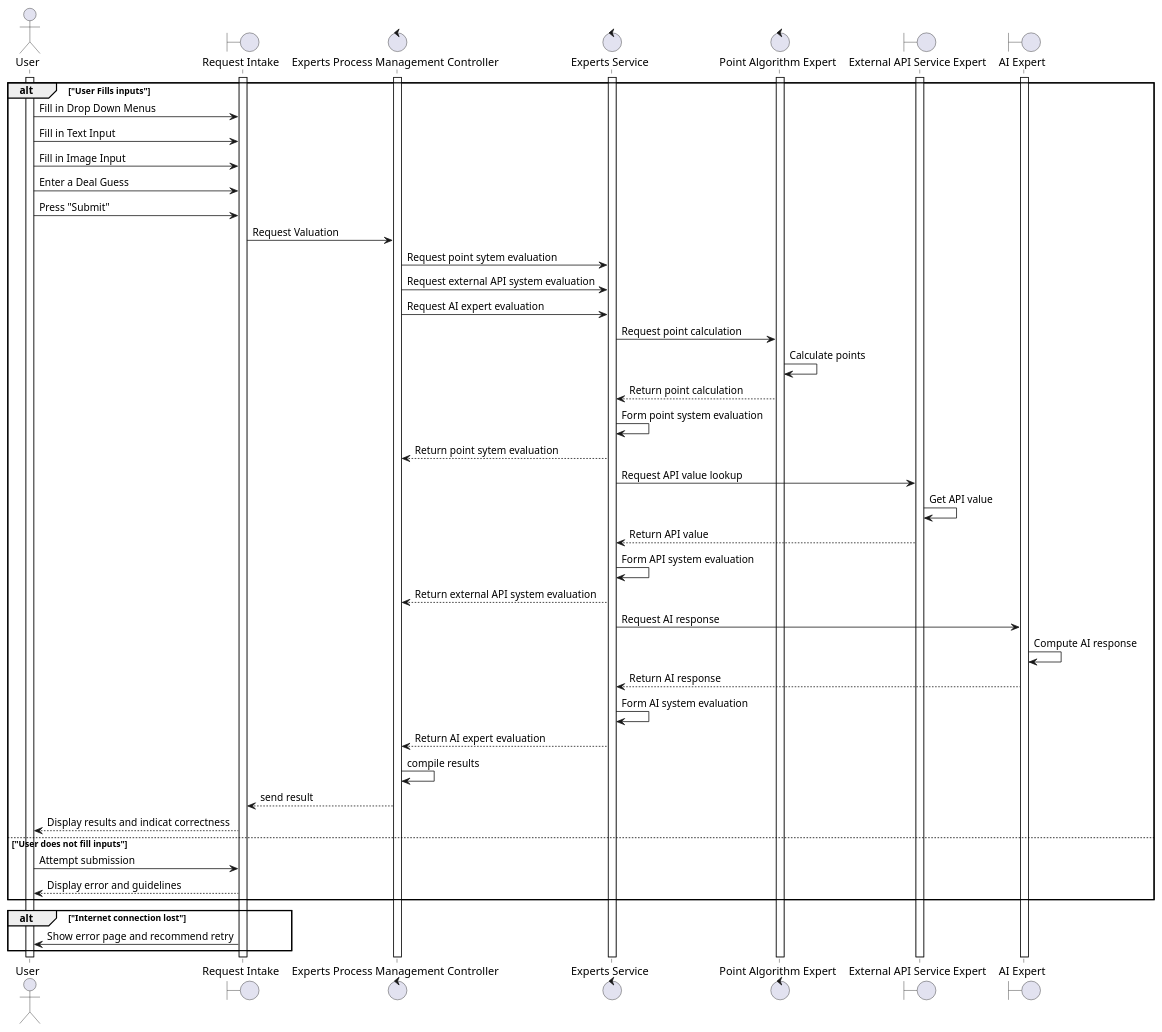
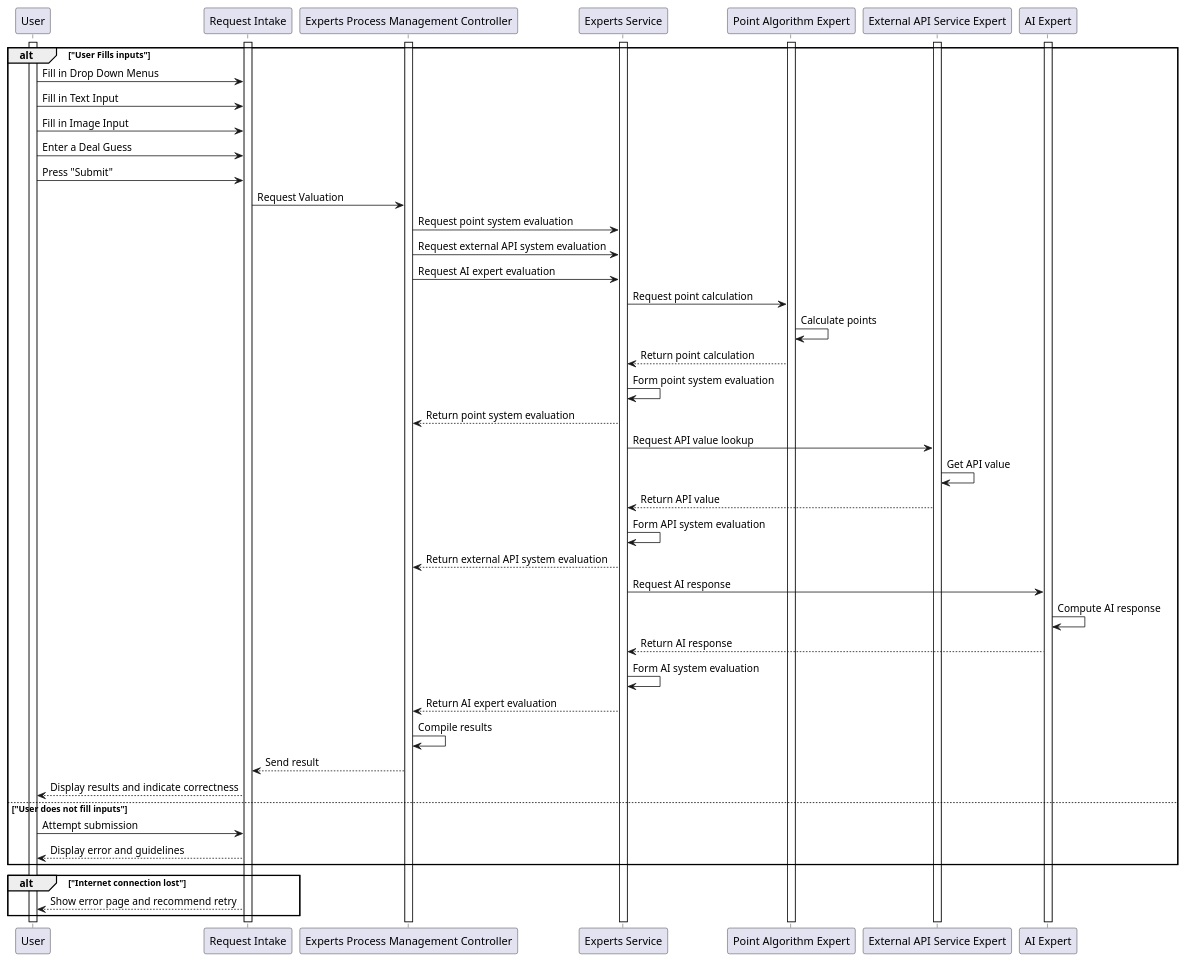
One commit to AhsanM71/SFWRENG-3A04-D1 changed the diagram in PUML/BE2.puml. Above: the diagram before and after it, drawn with PlantUML. The commit also changed 13 other files, not shown here.

Commit message:
updated sequence diagrams

```diff
--- a/PUML/BE2.puml
+++ b/PUML/BE2.puml
@@ -1,63 +1,60 @@
-@startuml
-actor User
-boundary "Request Intake"
-control "Experts Process Management Controller"
-control "Experts Service"
-control "Point Algorithm Expert"
-boundary "External API Service Expert"
-boundary "AI Expert"
+@startuml be2
+participant User
+participant "Request Intake"
+participant "Experts Process Management Controller"
+participant "Experts Service"
+participant "Point Algorithm Expert"
+participant "External API Service Expert"
+participant "AI Expert"
 
 activate User
 activate "Request Intake"
 activate "Experts Process Management Controller"
 activate "Experts Service"
 activate "Point Algorithm Expert"
 activate "External API Service Expert"
 activate "AI Expert"
 
 alt "User Fills inputs"
-User ->  "Request Intake": Fill in Drop Down Menus
-User ->  "Request Intake": Fill in Text Input
-User ->  "Request Intake": Fill in Image Input
-User -> "Request Intake": Enter a Deal Guess
-User -> "Request Intake": Press "Submit"
-"Request Intake" -> "Experts Process Management Controller": Request Valuation
-"Experts Process Management Controller" -> "Experts Service": Request point sytem evaluation
-"Experts Process Management Controller" -> "Experts Service": Request external API system evaluation
-"Experts Process Management Controller" -> "Experts Service": Request AI expert evaluation
-"Experts Service"-> "Point Algorithm Expert": Request point calculation
-"Point Algorithm Expert" -> "Point Algorithm Expert": Calculate points
-"Experts Service"<-- "Point Algorithm Expert": Return point calculation
-"Experts Service" -> "Experts Service": Form point system evaluation
-"Experts Process Management Controller" <-- "Experts Service": Return point sytem evaluation
+    User ->  "Request Intake": Fill in Drop Down Menus
+    User ->  "Request Intake": Fill in Text Input
+    User ->  "Request Intake": Fill in Image Input
+    User -> "Request Intake": Enter a Deal Guess
+    User -> "Request Intake": Press "Submit"
+    "Request Intake" -> "Experts Process Management Controller": Request Valuation
+    "Experts Process Management Controller" -> "Experts Service": Request point system evaluation
+    "Experts Process Management Controller" -> "Experts Service": Request external API system evaluation
+    "Experts Process Management Controller" -> "Experts Service": Request AI expert evaluation
+    "Experts Service" -> "Point Algorithm Expert": Request point calculation
+    "Point Algorithm Expert" -> "Point Algorithm Expert": Calculate points
+    "Experts Service" <-- "Point Algorithm Expert": Return point calculation
+    "Experts Service" -> "Experts Service": Form point system evaluation
+    "Experts Process Management Controller" <-- "Experts Service": Return point system evaluation
 
+    "Experts Service" -> "External API Service Expert": Request API value lookup
+    "External API Service Expert" -> "External API Service Expert": Get API value
+    "Experts Service" <-- "External API Service Expert": Return API value
+    "Experts Service" -> "Experts Service": Form API system evaluation
+    "Experts Process Management Controller" <-- "Experts Service": Return external API system evaluation
 
-"Experts Service"-> "External API Service Expert": Request API value lookup
-"External API Service Expert" -> "External API Service Expert": Get API value
-"Experts Service"<-- "External API Service Expert": Return API value
-"Experts Service" -> "Experts Service": Form API system evaluation
-"Experts Process Management Controller" <-- "Experts Service": Return external API system evaluation
+    "Experts Service" -> "AI Expert": Request AI response
+    "AI Expert" -> "AI Expert": Compute AI response
+    "Experts Service" <-- "AI Expert": Return AI response
+    "Experts Service" -> "Experts Service": Form AI system evaluation
+    "Experts Process Management Controller" <-- "Experts Service": Return AI expert evaluation
 
-"Experts Service"-> "AI Expert": Request AI response
-"AI Expert" -> "AI Expert": Compute AI response
-"Experts Service"<-- "AI Expert": Return AI response
-"Experts Service" -> "Experts Service": Form AI system evaluation
-"Experts Process Management Controller" <-- "Experts Service": Return AI expert evaluation
+    "Experts Process Management Controller" -> "Experts Process Management Controller": Compile results
 
-"Experts Process Management Controller" -> "Experts Process Management Controller": compile results
+    "Request Intake" <-- "Experts Process Management Controller": Send result
 
-"Request Intake" <-- "Experts Process Management Controller": send result
-
-User <-- "Request Intake": Display results and indicat correctness
+    User <-- "Request Intake": Display results and indicate correctness
 else "User does not fill inputs"
-User -> "Request Intake": Attempt submission
-User <-- "Request Intake": Display error and guidelines
-
+    User -> "Request Intake": Attempt submission
+    User <-- "Request Intake": Display error and guidelines
 end
 
 alt "Internet connection lost"
-User <- "Request Intake": Show error page and recommend retry
+    User <-- "Request Intake": Show error page and recommend retry
 end
 
-
 @enduml
```
